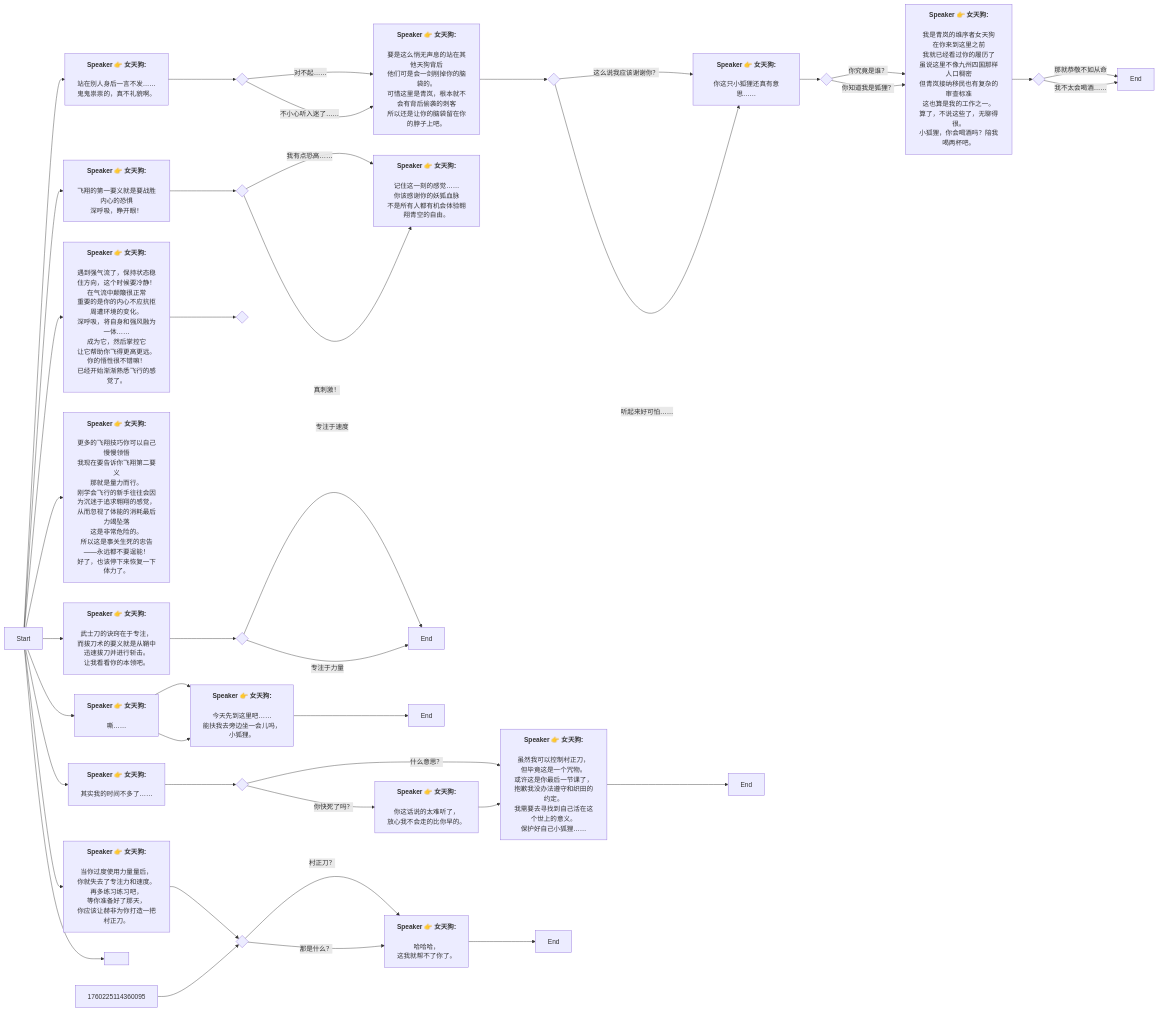
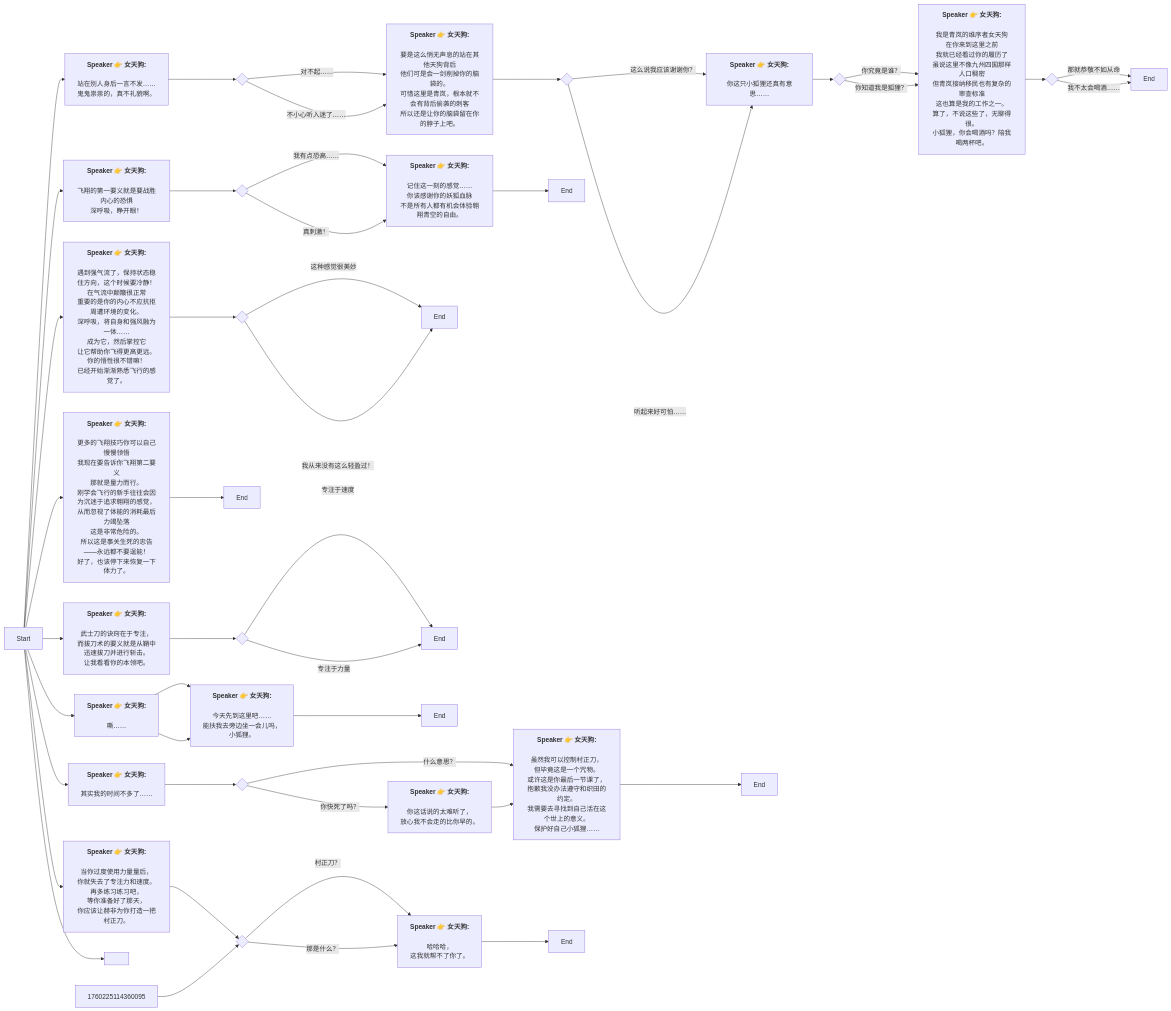
Before and after one commit to SoftHu/tos_avg: the diagram in Zh/heart_4_1_4.md, drawn with Mermaid. The commit also changed 297 other files, not shown here.

```diff
--- a/Zh/heart_4_1_4.md
+++ b/Zh/heart_4_1_4.md
@@ -63,6 +63,7 @@
 记住这一刻的感觉……
 你该感谢你的妖狐血脉
 不是所有人都有机会体验翱翔青空的自由。]
+1753209835135381 -->1763922599815915[End]
 Start -->1753210064585111[<b>Speaker 👉 女天狗:</b>
 
 遇到强气流了，保持状态稳住方向，这个时候要冷静！
@@ -74,6 +75,8 @@
 你的悟性很不错嘛！
 已经开始渐渐熟悉飞行的感觉了。]
 1753210064585111 -->1753210767566232{ }
+1753210767566232 -->|这种感觉很美妙|1763922611650284[End]
+1753210767566232 -->|我从来没有这么轻盈过！|1763922611650284[End]
 Start -->1753211320104352[<b>Speaker 👉 女天狗:</b>
 
 更多的飞翔技巧你可以自己慢慢领悟
@@ -84,6 +87,7 @@
 这是非常危险的。
 所以这是事关生死的忠告——永远都不要逞能！
 好了，也该停下来恢复一下体力了。]
+1753211320104352 -->1763922634703597[End]
 Start -->1760142008622709[<b>Speaker 👉 女天狗:</b>
 
 武士刀的诀窍在于专注，
```
